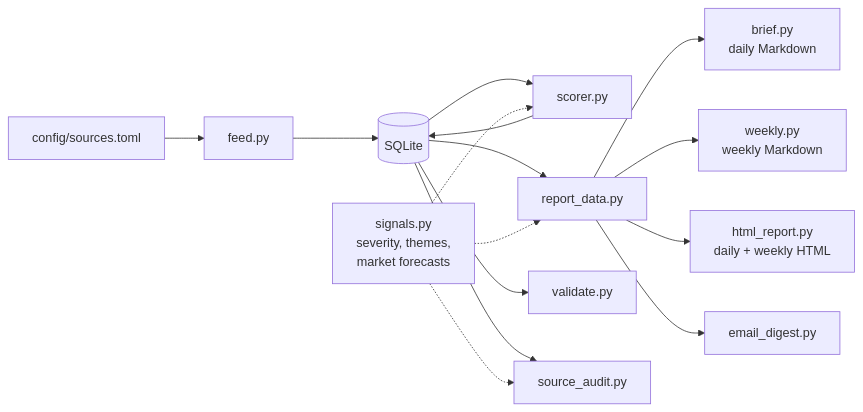
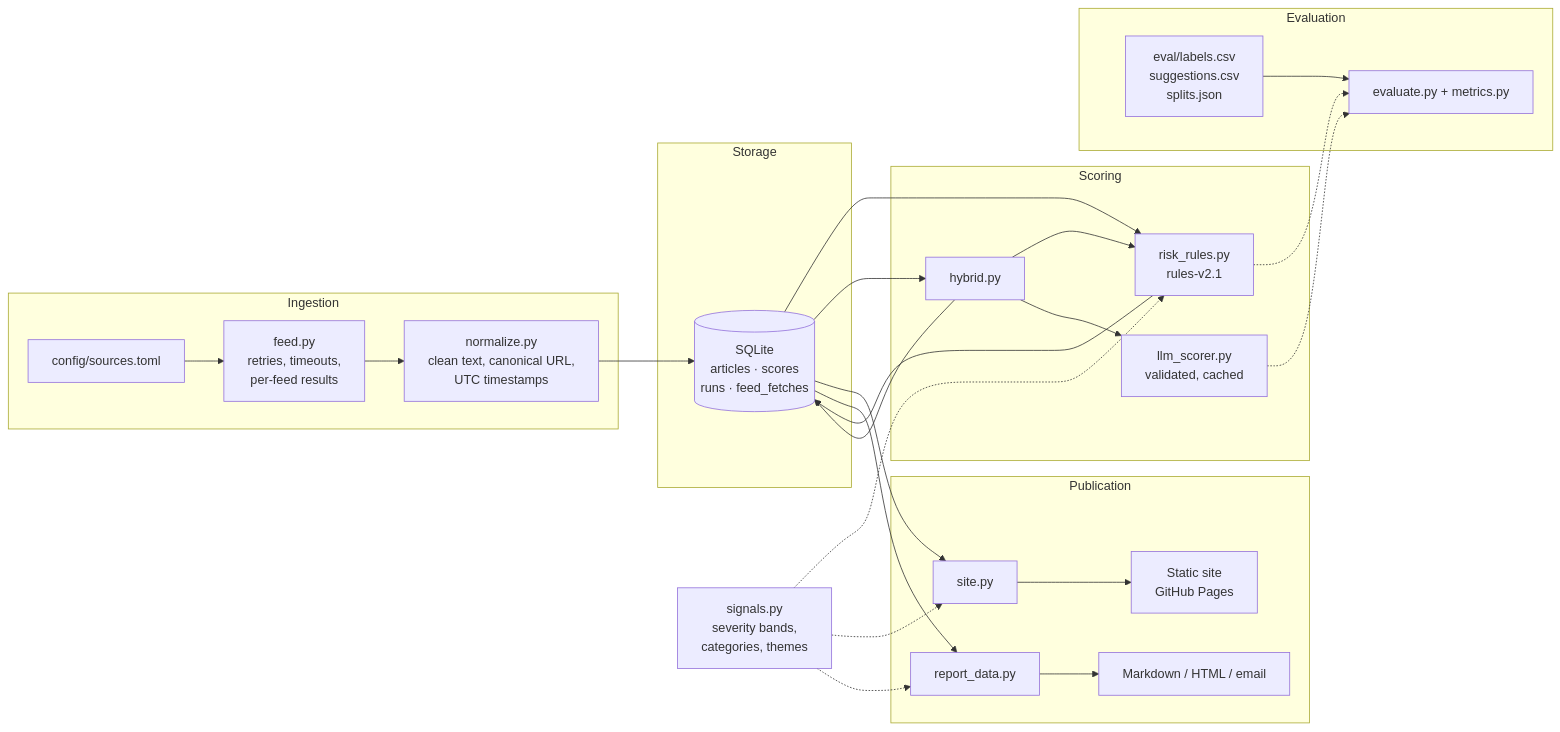
Before and after one commit to Qiao527/opsrisk-radar: the diagram in docs/architecture.md, drawn with Mermaid. The commit also changed other lines of this file and 11 other files, not shown here.

First line of the commit message:
Rewrite README and docs for v1.5; add evaluation results and screenshots

````diff
--- a/docs/architecture.md
+++ b/docs/architecture.md
@@ -7,17 +7,30 @@
 ```mermaid
 flowchart LR
-    CFG[config/sources.toml] --> F[feed.py]
-    F --> DB[(SQLite)]
-    DB --> S[scorer.py]
-    S --> DB
-    DB --> RD[report_data.py]
-    RD --> BR[brief.py<br/>daily Markdown]
-    RD --> W[weekly.py<br/>weekly Markdown]
-    RD --> H[html_report.py<br/>daily + weekly HTML]
-    RD --> E[email_digest.py]
-    DB --> V[validate.py]
-    DB --> A[source_audit.py]
-    SIG[signals.py<br/>severity, themes,<br/>market forecasts] -.-> S
+    subgraph Ingestion
+        CFG[config/sources.toml] --> F[feed.py<br/>retries, timeouts,<br/>per-feed results]
+        F --> N[normalize.py<br/>clean text, canonical URL,<br/>UTC timestamps]
+    end
+    subgraph Storage
+        N --> DB[(SQLite<br/>articles · scores<br/>runs · feed_fetches)]
+    end
+    subgraph Scoring
+        DB --> R2[risk_rules.py<br/>rules-v2.1]
+        DB --> H[hybrid.py]
+        H --> R2
+        H --> L[llm_scorer.py<br/>validated, cached]
+        R2 --> DB
+        H --> DB
+    end
+    subgraph Publication
+        DB --> S[site.py] --> P[Static site<br/>GitHub Pages]
+        DB --> RD[report_data.py] --> MD[Markdown / HTML / email]
+    end
+    subgraph Evaluation
+        E[eval/labels.csv<br/>suggestions.csv<br/>splits.json] --> EV[evaluate.py + metrics.py]
+        R2 -.-> EV
+        L -.-> EV
+    end
+    SIG[signals.py<br/>severity bands,<br/>categories, themes] -.-> R2
+    SIG -.-> S
     SIG -.-> RD
-    SIG -.-> A
 ```
````
